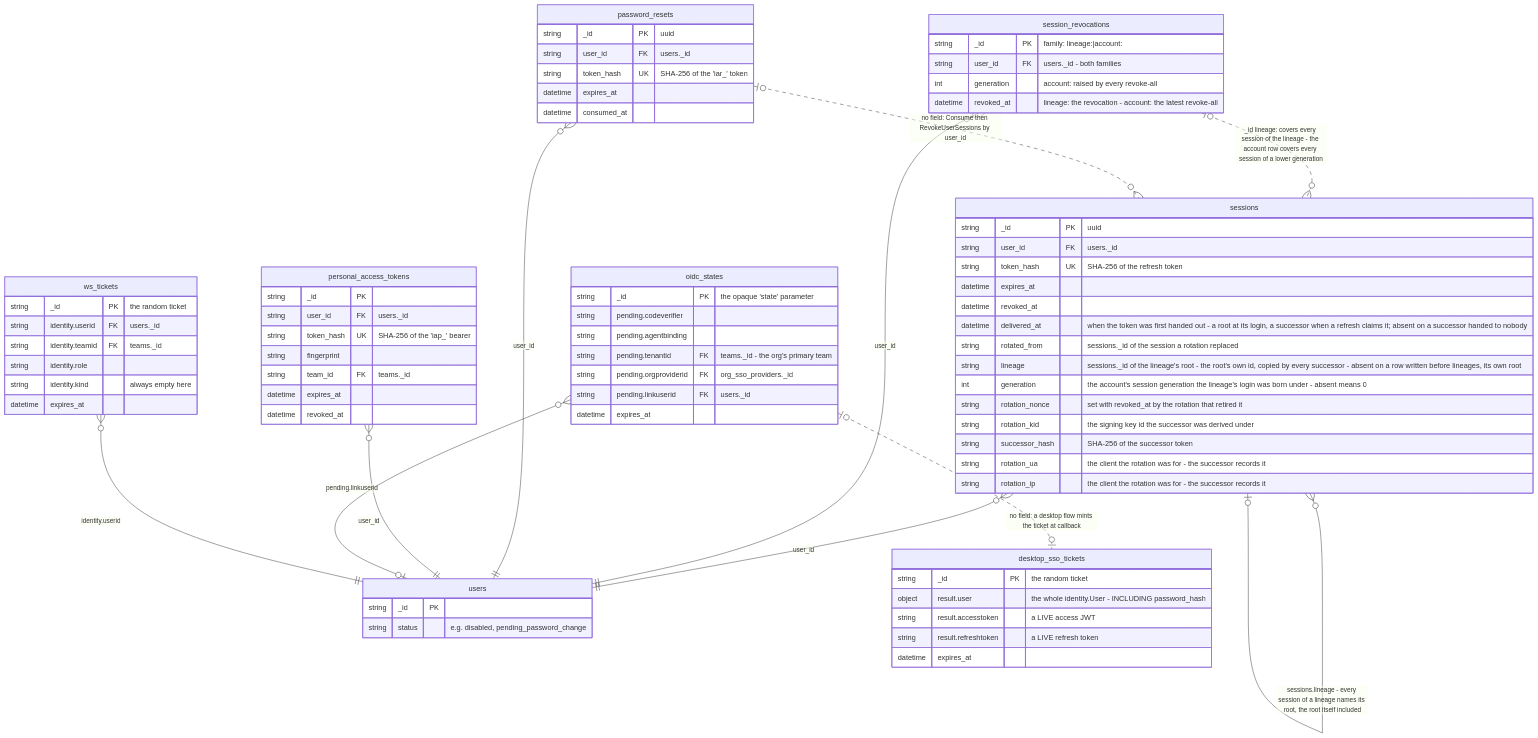
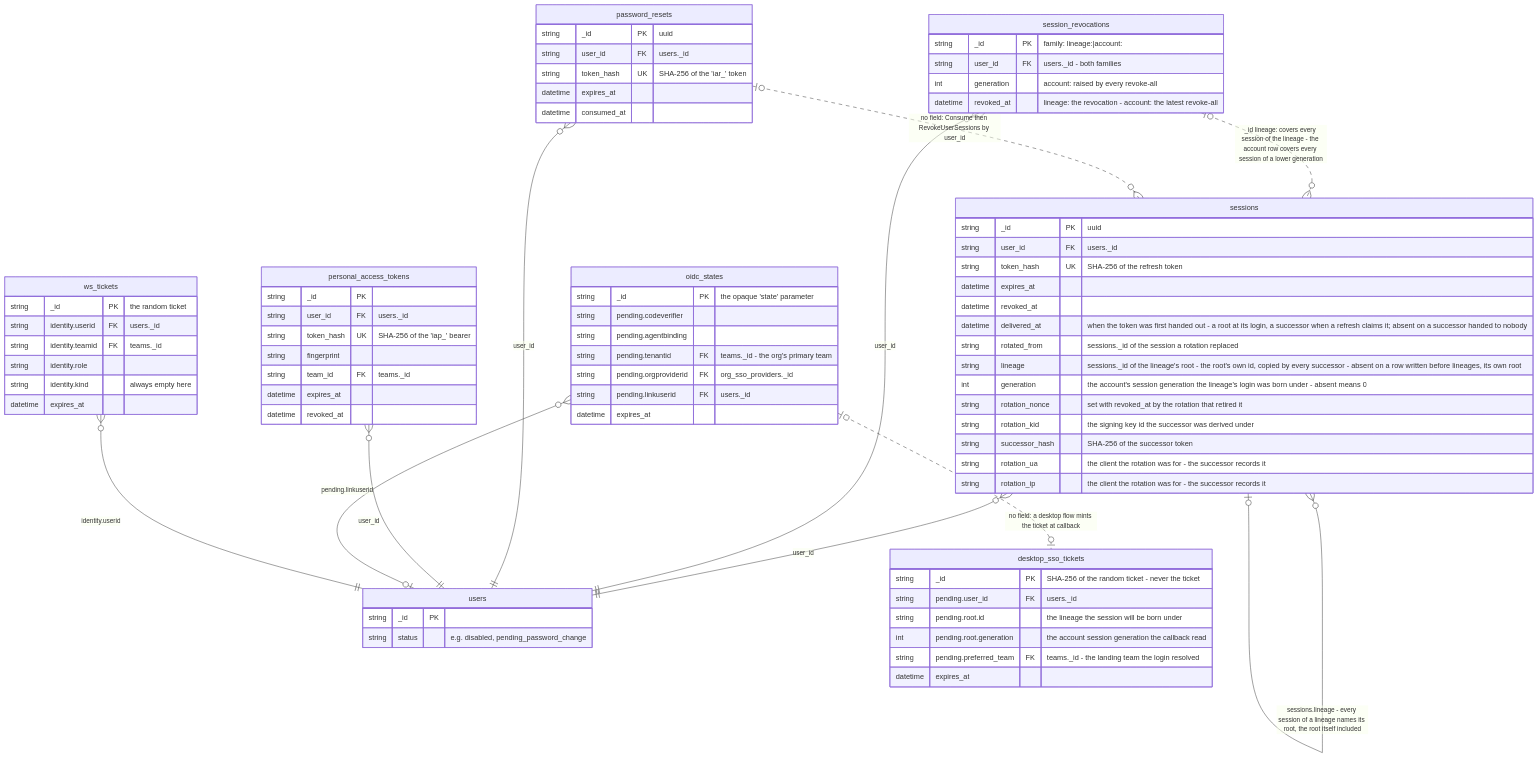
The second of 3 diagrams in docs/diagrams/data-model-identity.md (SocialGouv/iterion), drawn with Mermaid before and after one commit. The commit also changed other lines of this file and 18 other files, not shown here.

````diff
--- a/docs/diagrams/data-model-identity.md
+++ b/docs/diagrams/data-model-identity.md
@@ -82,80 +82,81 @@
 ```mermaid
 erDiagram
     users {
         string _id PK
         string status "e.g. disabled, pending_password_change"
     }
     sessions {
         string _id PK "uuid"
         string user_id FK "users._id"
         string token_hash UK "SHA-256 of the refresh token"
         datetime expires_at
         datetime revoked_at
         datetime delivered_at "when the token was first handed out - a root at its login, a successor when a refresh claims it; absent on a successor handed to nobody"
         string rotated_from "sessions._id of the session a rotation replaced"
         string lineage "sessions._id of the lineage's root - the root's own id, copied by every successor - absent on a row written before lineages, its own root"
         int generation "the account's session generation the lineage's login was born under - absent means 0"
         string rotation_nonce "set with revoked_at by the rotation that retired it"
         string rotation_kid "the signing key id the successor was derived under"
         string successor_hash "SHA-256 of the successor token"
         string rotation_ua "the client the rotation was for - the successor records it"
         string rotation_ip "the client the rotation was for - the successor records it"
     }
     session_revocations {
         string _id PK "family: lineage:<root session id>|account:<users._id>"
         string user_id FK "users._id - both families"
         int generation "account: raised by every revoke-all"
         datetime revoked_at "lineage: the revocation - account: the latest revoke-all"
     }
     password_resets {
         string _id PK "uuid"
         string user_id FK "users._id"
         string token_hash UK "SHA-256 of the 'iar_' token"
         datetime expires_at
         datetime consumed_at
     }
     personal_access_tokens {
         string _id PK
         string user_id FK "users._id"
         string token_hash UK "SHA-256 of the 'iap_' bearer"
         string fingerprint
         string team_id FK "teams._id"
         datetime expires_at
         datetime revoked_at
     }
     oidc_states {
         string _id PK "the opaque 'state' parameter"
         string pending.codeverifier
         string pending.agentbinding
         string pending.tenantid FK "teams._id - the org's primary team"
         string pending.orgproviderid FK "org_sso_providers._id"
         string pending.linkuserid FK "users._id"
         datetime expires_at
     }
     desktop_sso_tickets {
-        string _id PK "the random ticket"
-        object result.user "the whole identity.User - INCLUDING password_hash"
-        string result.accesstoken "a LIVE access JWT"
-        string result.refreshtoken "a LIVE refresh token"
+        string _id PK "SHA-256 of the random ticket - never the ticket"
+        string pending.user_id FK "users._id"
+        string pending.root.id "the lineage the session will be born under"
+        int pending.root.generation "the account session generation the callback read"
+        string pending.preferred_team FK "teams._id - the landing team the login resolved"
         datetime expires_at
     }
     ws_tickets {
         string _id PK "the random ticket"
         string identity.userid FK "users._id"
         string identity.teamid FK "teams._id"
         string identity.role
         string identity.kind "always empty here"
         datetime expires_at
     }
     sessions }o--|| users : "user_id"
     sessions |o--o| sessions : "sessions.rotated_from - the successor names the session its rotation retired"
     sessions }o--o| sessions : "sessions.lineage - every session of a lineage names its root, the root itself included"
     session_revocations }o--|| users : "user_id"
     session_revocations |o..o{ sessions : "_id lineage:<sessions.lineage> covers every session of the lineage - the account row covers every session of a lower generation"
     password_resets }o--|| users : "user_id"
     password_resets |o..o{ sessions : "no field: Consume then RevokeUserSessions by user_id"
     personal_access_tokens }o--|| users : "user_id"
     oidc_states }o--o| users : "pending.linkuserid"
     oidc_states |o..o| desktop_sso_tickets : "no field: a desktop flow mints the ticket at callback"
     ws_tickets }o--|| users : "identity.userid"
 ```
````
